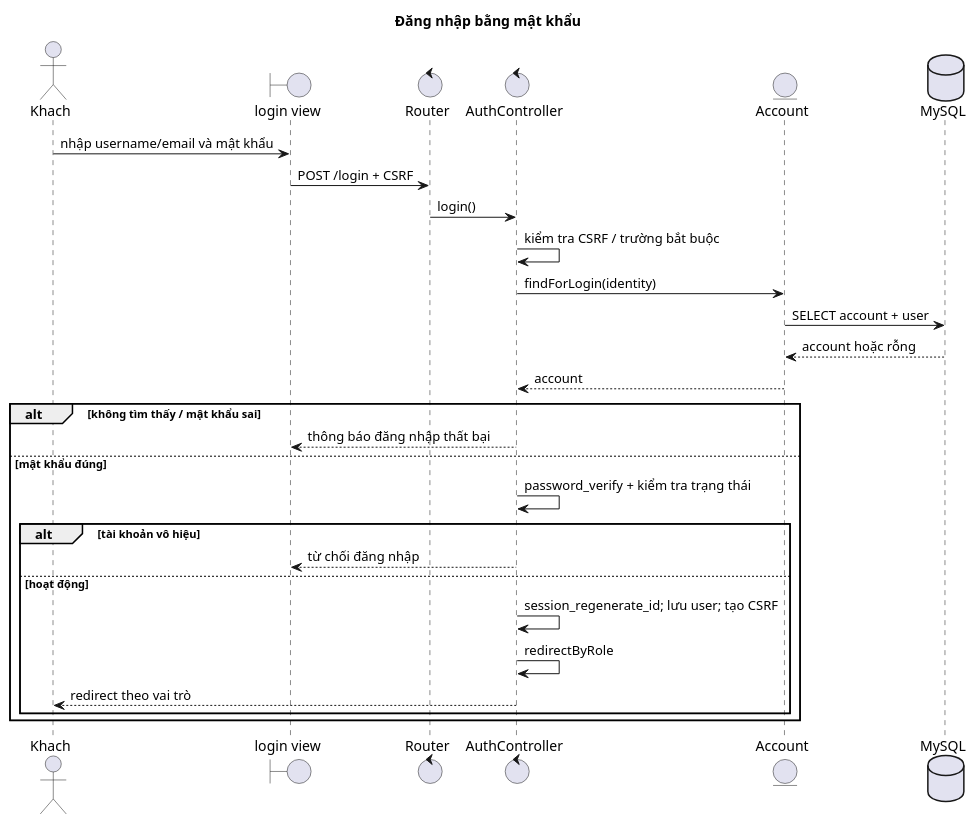
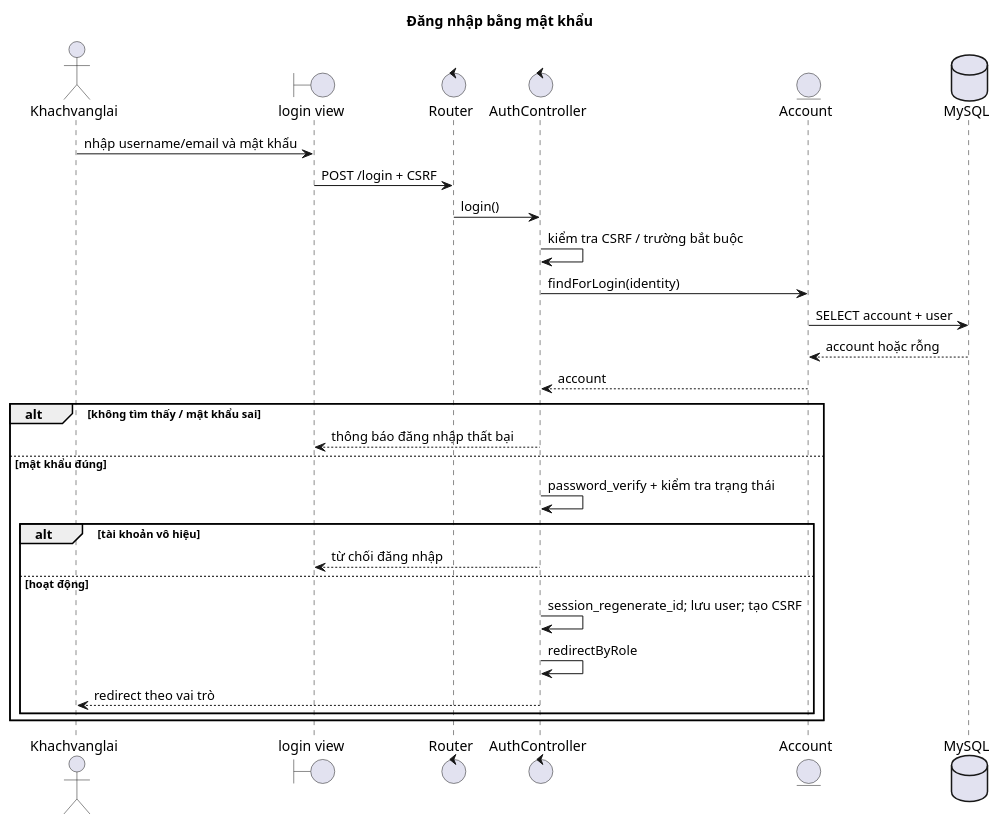
Before and after one commit to MrCoww2510/DoAn1CongThanhDucThinh: the diagram in NOTE/docs/uml/plantuml/sequence/05B_Sequence_DangNhap.puml, drawn with PlantUML. The commit also changed 42 other files, not shown here.

```diff
--- a/NOTE/docs/uml/plantuml/sequence/05B_Sequence_DangNhap.puml
+++ b/NOTE/docs/uml/plantuml/sequence/05B_Sequence_DangNhap.puml
@@ -1,32 +1,32 @@
 @startuml
 title Đăng nhập bằng mật khẩu
 skinparam backgroundColor white
 skinparam shadowing false
 skinparam defaultFontName Arial
-actor Khach as U
+actor Khachvanglai as U
 boundary "login view" as V
 control Router as R
 control AuthController as C
 entity Account as M
 database MySQL as DB
 U -> V: nhập username/email và mật khẩu
 V -> R: POST /login + CSRF
 R -> C: login()
 C -> C: kiểm tra CSRF / trường bắt buộc
 C -> M: findForLogin(identity)
 M -> DB: SELECT account + user
 DB --> M: account hoặc rỗng
 M --> C: account
 alt không tìm thấy / mật khẩu sai
  C --> V: thông báo đăng nhập thất bại
 else mật khẩu đúng
  C -> C: password_verify + kiểm tra trạng thái
  alt tài khoản vô hiệu
   C --> V: từ chối đăng nhập
  else hoạt động
   C -> C: session_regenerate_id; lưu user; tạo CSRF
   C -> C: redirectByRole
   C --> U: redirect theo vai trò
  end
 end
 @enduml
```
